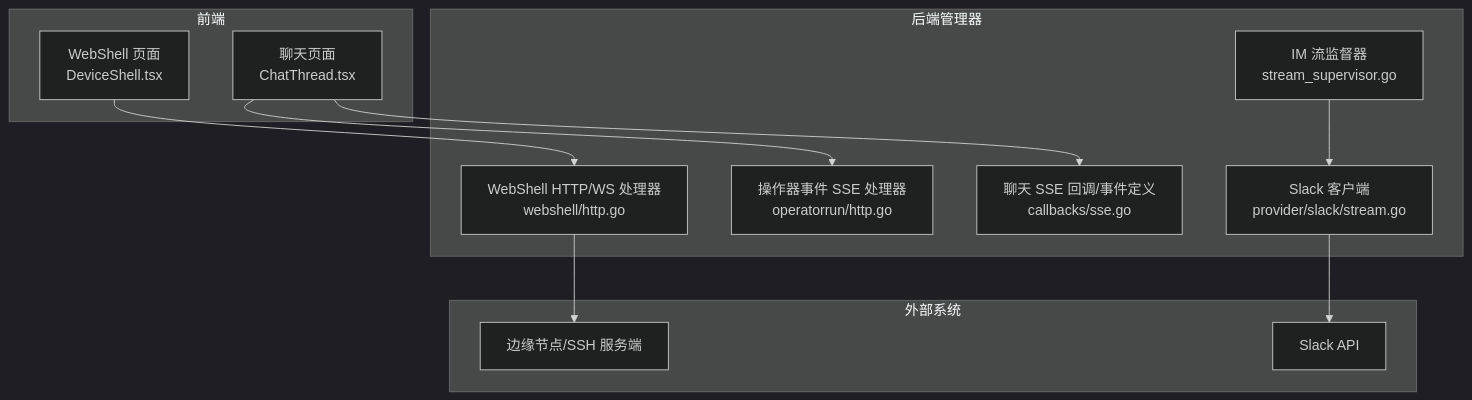
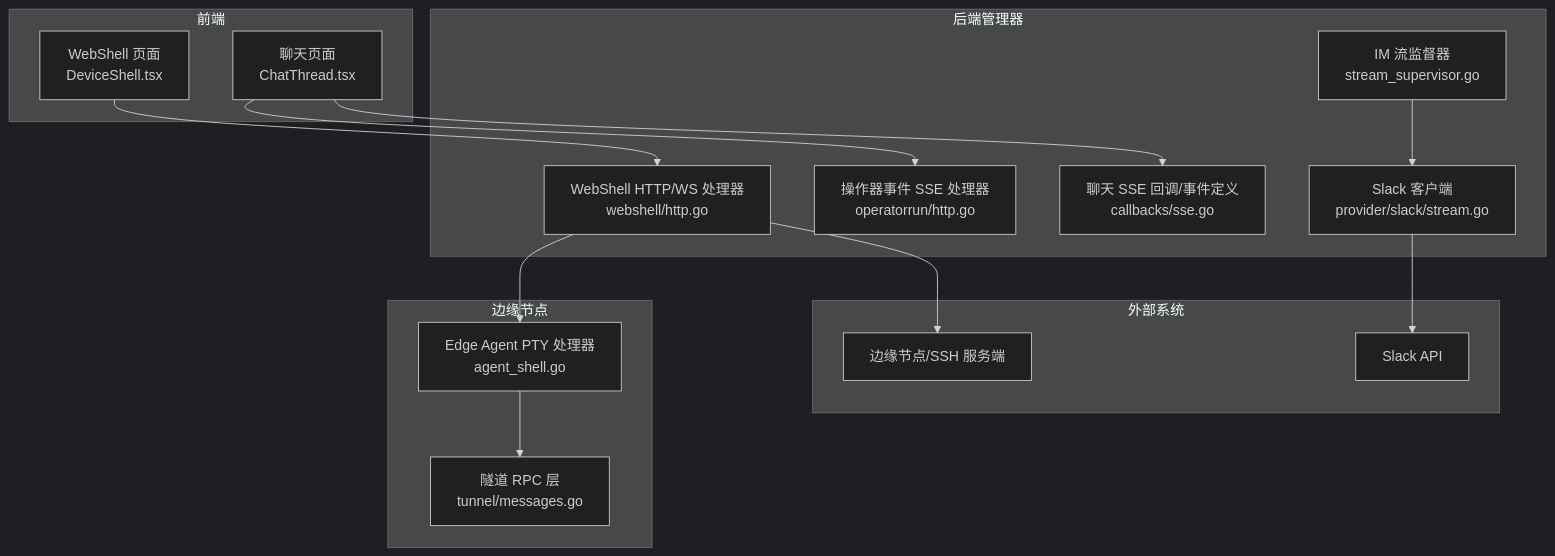
Before and after one commit to xied1133-oss/ongrid: the first of 8 diagrams in .qoder/repowiki/zh/content/前端应用/API 集成/实时通信.md, drawn with Mermaid (dark theme). The commit also changed other lines of this file and 131 other files, not shown here.

````diff
--- a/.qoder/repowiki/zh/content/前端应用/API 集成/实时通信.md
+++ b/.qoder/repowiki/zh/content/前端应用/API 集成/实时通信.md
@@ -38,24 +52,30 @@
 ```mermaid
 graph TB
 subgraph "前端"
 WS_UI["WebShell 页面<br/>DeviceShell.tsx"]
 ChatUI["聊天页面<br/>ChatThread.tsx"]
 end
 subgraph "后端管理器"
 WS_HTTP["WebShell HTTP/WS 处理器<br/>webshell/http.go"]
 SSE_OP["操作器事件 SSE 处理器<br/>operatorrun/http.go"]
 SSE_CHAT["聊天 SSE 回调/事件定义<br/>callbacks/sse.go"]
 IM_SUPER["IM 流监督器<br/>stream_supervisor.go"]
 IM_SLACK["Slack 客户端<br/>provider/slack/stream.go"]
 end
+subgraph "边缘节点"
+EDGE_AGENT["Edge Agent PTY 处理器<br/>agent_shell.go"]
+TUNNEL["隧道 RPC 层<br/>tunnel/messages.go"]
+end
 subgraph "外部系统"
 EDGE["边缘节点/SSH 服务端"]
 SLACK_API["Slack API"]
 end
 WS_UI --> WS_HTTP
+WS_HTTP --> EDGE_AGENT
 WS_HTTP --> EDGE
 ChatUI --> SSE_OP
 ChatUI --> SSE_CHAT
 IM_SUPER --> IM_SLACK
 IM_SLACK --> SLACK_API
+EDGE_AGENT --> TUNNEL
 ```
````
